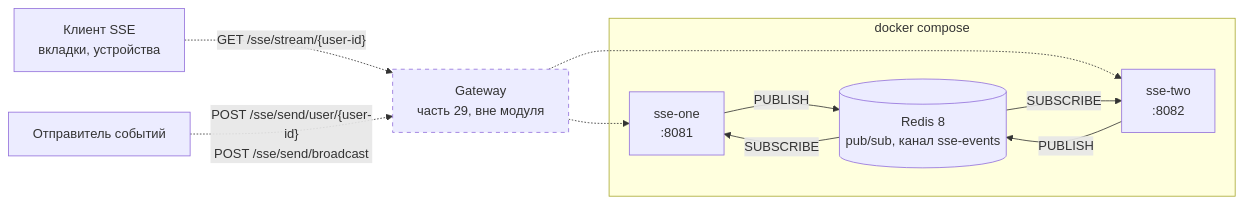
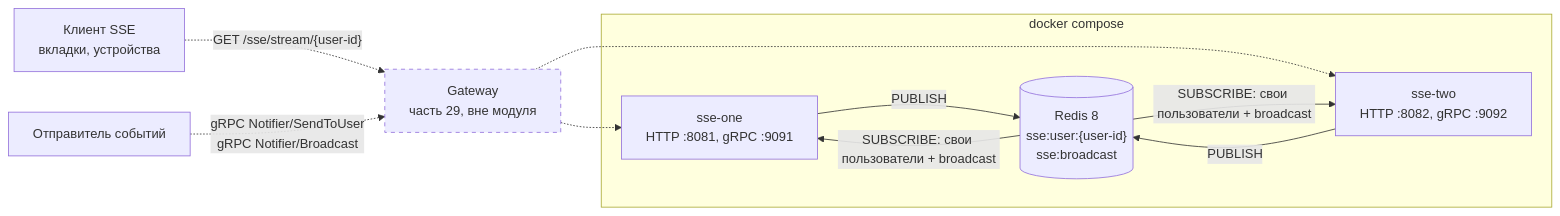
Before and after one commit to BasePractice/SprBut: the first of 3 diagrams in 30-spring-sse/ARCHITECTURE.md, drawn with Mermaid. The commit also changed other lines of this file and 42 other files, not shown here.

First line of the commit message:
Часть 30: личные каналы Redis на пользователя и отправка по gRPC

````diff
--- a/30-spring-sse/ARCHITECTURE.md
+++ b/30-spring-sse/ARCHITECTURE.md
@@ -17,25 +19,25 @@
 ```mermaid
 flowchart LR
     browser["Клиент SSE<br/>вкладки, устройства"]
     sender["Отправитель событий"]
     gateway["Gateway<br/>часть 29, вне модуля"]
 
     subgraph compose["docker compose"]
-        one["sse-one<br/>:8081"]
-        two["sse-two<br/>:8082"]
-        redis[("Redis 8<br/>pub/sub, канал sse-events")]
+        one["sse-one<br/>HTTP :8081, gRPC :9091"]
+        two["sse-two<br/>HTTP :8082, gRPC :9092"]
+        redis[("Redis 8<br/>sse:user:{user-id}<br/>sse:broadcast")]
     end
 
     browser -.->|"GET /sse/stream/{user-id}"| gateway
-    sender -.->|"POST /sse/send/user/{user-id}<br/>POST /sse/send/broadcast"| gateway
+    sender -.->|"gRPC Notifier/SendToUser<br/>gRPC Notifier/Broadcast"| gateway
     gateway -.-> one
     gateway -.-> two
 
-    one -->|PUBLISH| redis
-    two -->|PUBLISH| redis
-    redis -->|SUBSCRIBE| one
-    redis -->|SUBSCRIBE| two
+    one -->|"PUBLISH"| redis
+    two -->|"PUBLISH"| redis
+    redis -->|"SUBSCRIBE: свои пользователи + broadcast"| one
+    redis -->|"SUBSCRIBE: свои пользователи + broadcast"| two
 
     classDef external stroke-dasharray: 5 5
     class gateway external
 ```
````
